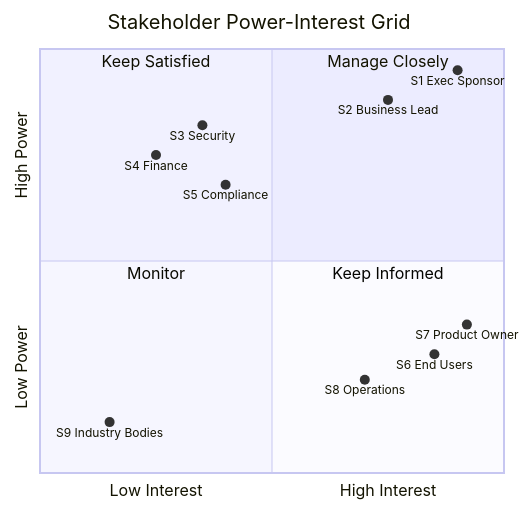
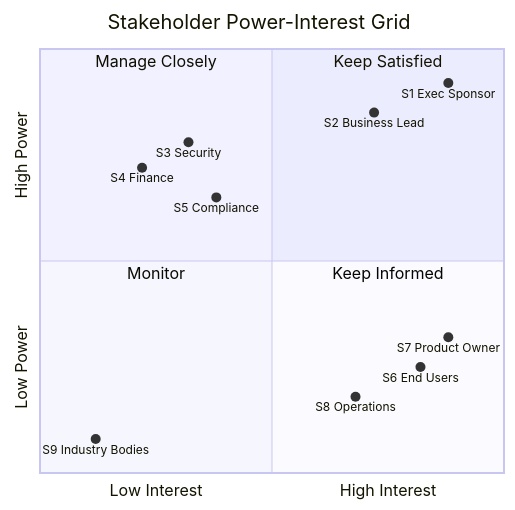
Before and after one commit to tractorjuice/arckit-test-project-v16-doctors-appointment: the diagram in .arckit/templates/stakeholder-drivers-template.md, drawn with Mermaid. The commit also changed 4 other files, not shown here.

First line of the commit message:
fix: correct Mermaid quadrantChart positions and improve readability

````diff
--- a/.arckit/templates/stakeholder-drivers-template.md
+++ b/.arckit/templates/stakeholder-drivers-template.md
@@ -79,19 +79,19 @@
 ```mermaid
 quadrantChart
     title Stakeholder Power-Interest Grid
     x-axis Low Interest --> High Interest
     y-axis Low Power --> High Power
-    quadrant-1 Manage Closely
-    quadrant-2 Keep Satisfied
+    quadrant-1 Keep Satisfied
+    quadrant-2 Manage Closely
     quadrant-3 Monitor
     quadrant-4 Keep Informed
-    S1 Exec Sponsor: [0.9, 0.95]
-    S2 Business Lead: [0.75, 0.88]
-    S3 Security: [0.35, 0.82]
-    S4 Finance: [0.25, 0.75]
-    S5 Compliance: [0.4, 0.68]
-    S6 End Users: [0.85, 0.28]
-    S7 Product Owner: [0.92, 0.35]
-    S8 Operations: [0.7, 0.22]
-    S9 Industry Bodies: [0.15, 0.12]
+    S1 Exec Sponsor: [0.88, 0.92]
+    S2 Business Lead: [0.72, 0.85]
+    S3 Security: [0.32, 0.78]
+    S4 Finance: [0.22, 0.72]
+    S5 Compliance: [0.38, 0.65]
+    S6 End Users: [0.82, 0.25]
+    S7 Product Owner: [0.88, 0.32]
+    S8 Operations: [0.68, 0.18]
+    S9 Industry Bodies: [0.12, 0.08]
 ```
````
